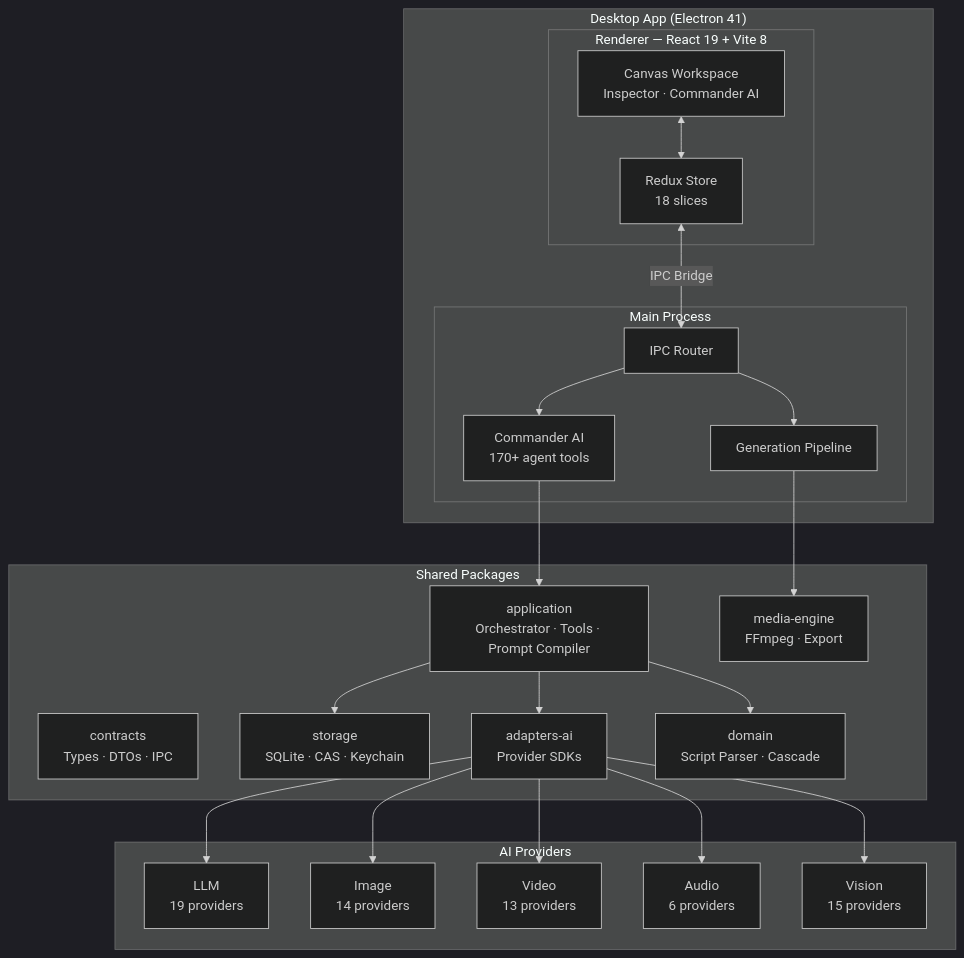
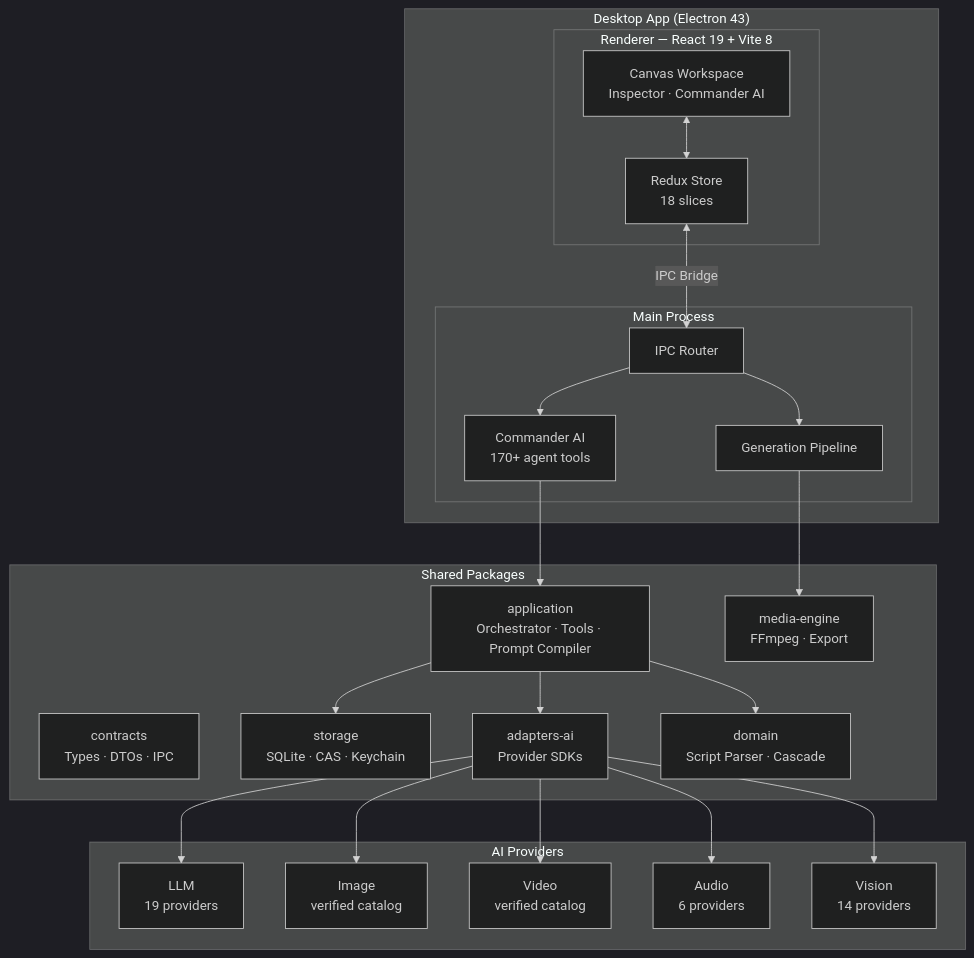
The diagram in README.md (NAinfini/Inifni-Lucid-Fin), drawn with Mermaid (dark theme) before and after one commit. The commit also changed other lines of this file and 438 other files, not shown here.

````diff
--- a/README.md
+++ b/README.md
@@ -206,49 +212,49 @@
 ```mermaid
 graph TB
-    subgraph Desktop["Desktop App (Electron 41)"]
+    subgraph Desktop["Desktop App (Electron 43)"]
         subgraph Renderer["Renderer — React 19 + Vite 8"]
             UI["Canvas Workspace<br/>Inspector &middot; Commander AI"]
             Store["Redux Store<br/>18 slices"]
         end
 
         subgraph Main["Main Process"]
             IPC["IPC Router"]
             Pipeline["Generation Pipeline"]
             Commander["Commander AI<br/>170+ agent tools"]
         end
 
         UI <--> Store
         Store <-- "IPC Bridge" --> IPC
         IPC --> Pipeline
         IPC --> Commander
     end
 
     subgraph Packages["Shared Packages"]
         Contracts["contracts<br/>Types &middot; DTOs &middot; IPC"]
         AppLayer["application<br/>Orchestrator &middot; Tools &middot; Prompt Compiler"]
         Storage["storage<br/>SQLite &middot; CAS &middot; Keychain"]
         Adapters["adapters-ai<br/>Provider SDKs"]
         Domain["domain<br/>Script Parser &middot; Cascade"]
         Media["media-engine<br/>FFmpeg &middot; Export"]
     end
 
     Commander --> AppLayer
     Pipeline --> Media
     AppLayer --> Storage
     AppLayer --> Adapters
     AppLayer --> Domain
 
     subgraph Providers["AI Providers"]
         LLM["LLM<br/>19 providers"]
-        IMG["Image<br/>14 providers"]
-        VID["Video<br/>13 providers"]
+        IMG["Image<br/>verified catalog"]
+        VID["Video<br/>verified catalog"]
         AUD["Audio<br/>6 providers"]
-        VIS["Vision<br/>15 providers"]
+        VIS["Vision<br/>14 providers"]
     end
 
     Adapters --> LLM
     Adapters --> IMG
     Adapters --> VID
     Adapters --> AUD
     Adapters --> VIS
 ```
````
